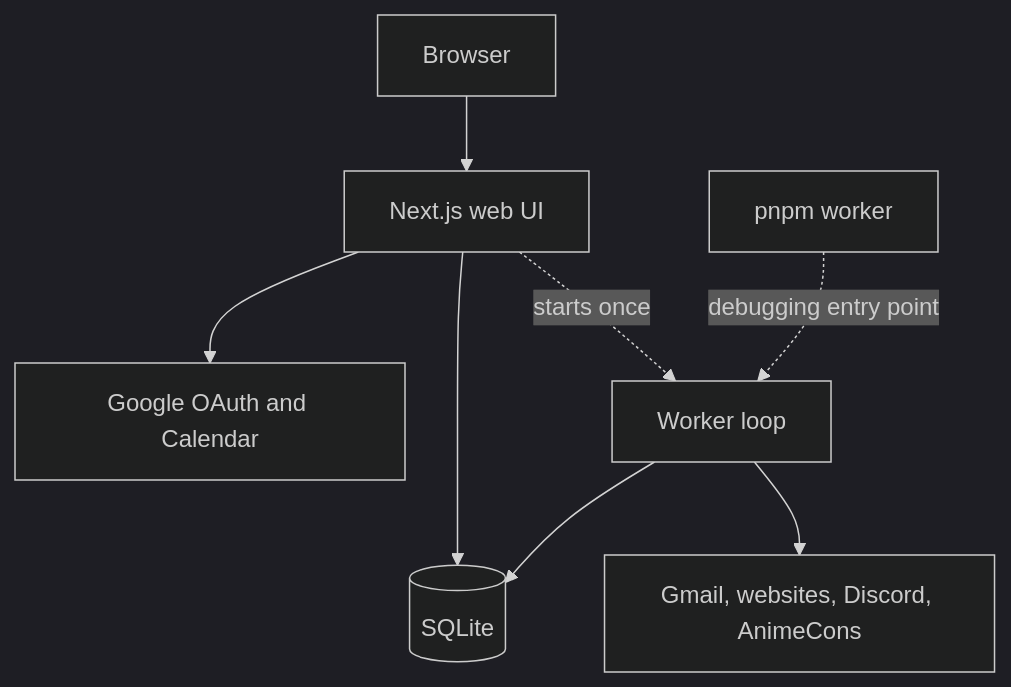
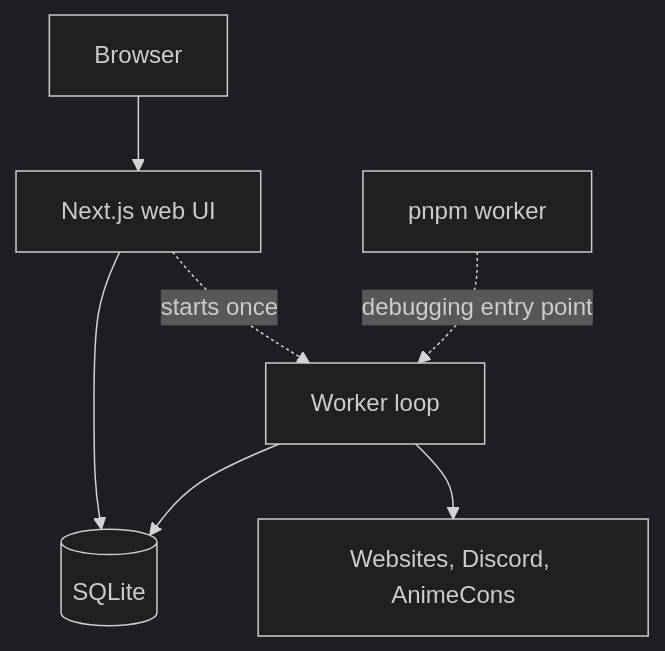
One commit to leav/expo_tracker changed the second of 4 diagrams in docs/DESIGN.md. Above: the diagram before and after it, drawn with Mermaid (dark theme). The commit also changed other lines of this file and 49 other files, not shown here.

First line of the commit message:
Replace Google Calendar OAuth with per-date ICS and web template links.

````diff
--- a/docs/DESIGN.md
+++ b/docs/DESIGN.md
@@ -151,10 +150,9 @@
 ```mermaid
 flowchart TB
   browser[Browser] --> web[Next.js web UI]
   web --> db[(SQLite)]
-  web --> google[Google OAuth and Calendar]
   web -. starts once .-> worker[Worker loop]
   cli[pnpm worker] -. debugging entry point .-> worker
   worker --> db
-  worker --> sources[Gmail, websites, Discord, AnimeCons]
+  worker --> sources[Websites, Discord, AnimeCons]
 ```
````
